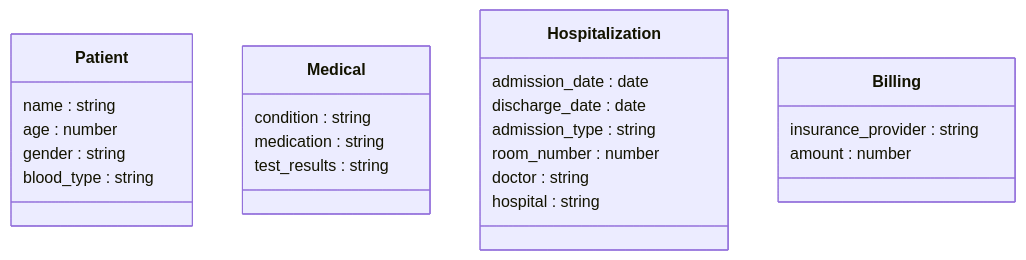
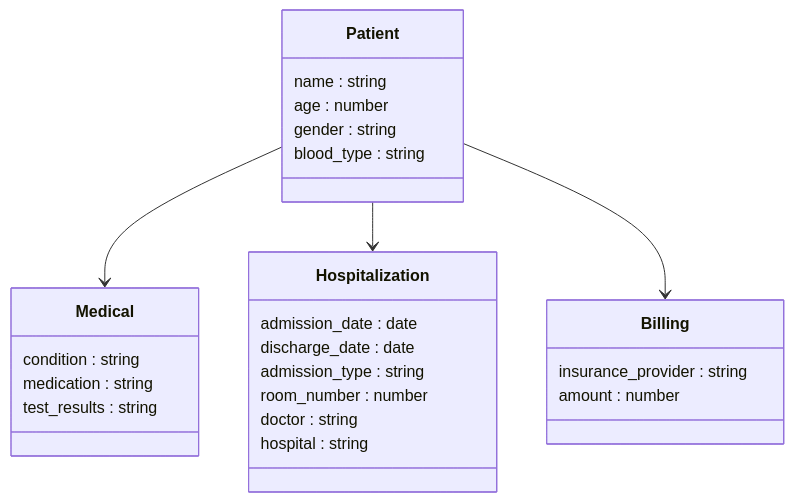
Before and after one commit to mickaeljdd/P5_MongoDB_Docker: the diagram in README.md, drawn with Mermaid. The commit also changed other lines of this file, not shown here.

````diff
--- a/README.md
+++ b/README.md
@@ -116,30 +128,32 @@
 ```mermaid
 classDiagram
     class Patient {
         name : string
         age : number
         gender : string
         blood_type : string
     }
 
     class Medical {
         condition : string
         medication : string
         test_results : string
     }
 
     class Hospitalization {
         admission_date : date
         discharge_date : date
         admission_type : string
         room_number : number
         doctor : string
         hospital : string
     }
 
     class Billing {
         insurance_provider : string
         amount : number
     }
-
+    Patient --> Medical
+    Patient --> Hospitalization
+    Patient --> Billing
 ```
````
